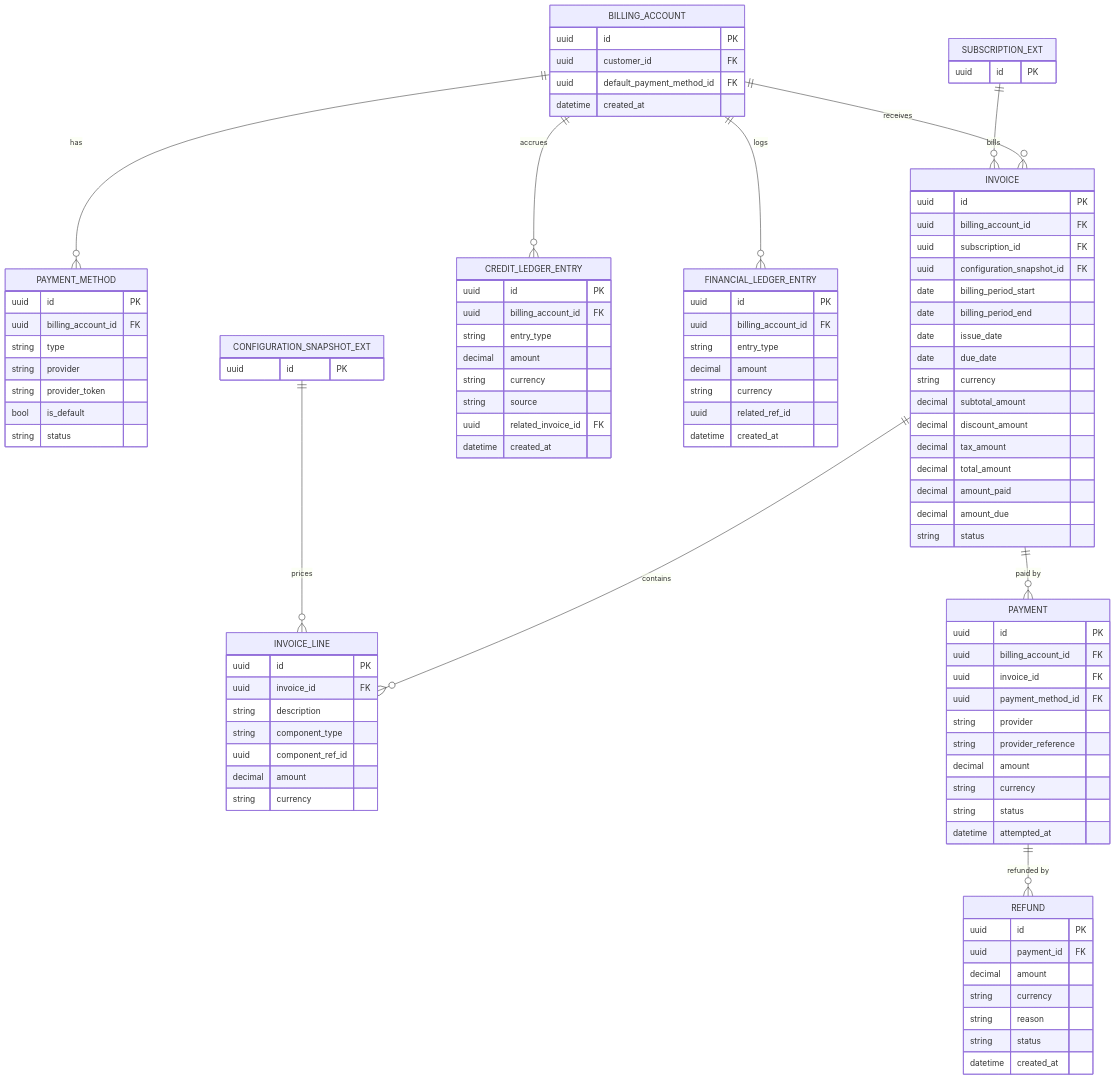
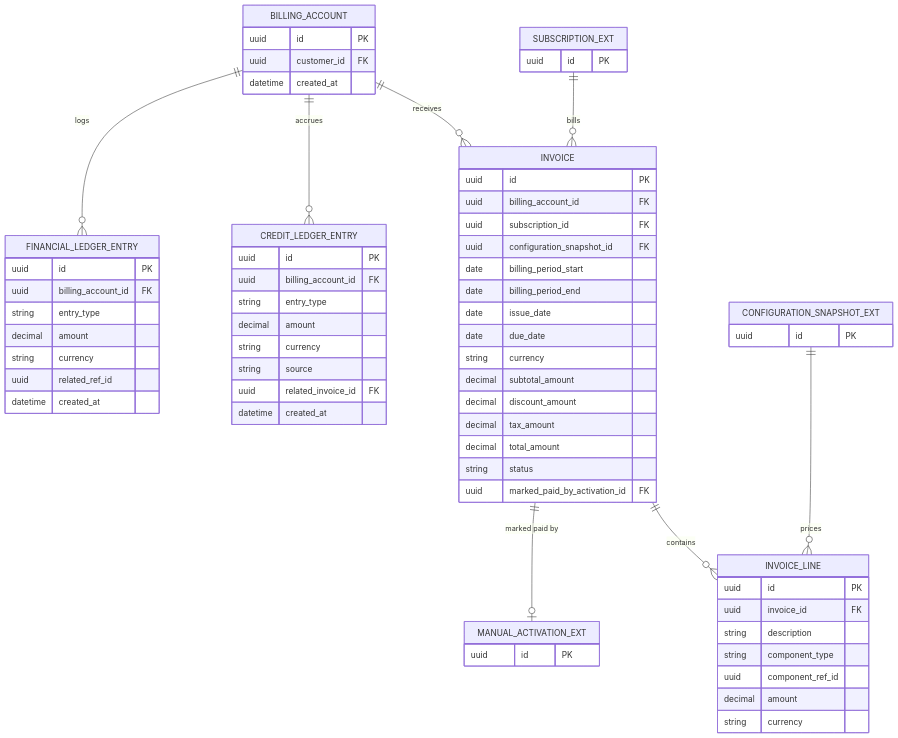
The diagram in Documents/Commercial Domain Data Model — Billing.md (Doaa1982/Platform), drawn with Mermaid before and after one commit. The commit also changed other lines of this file and 14 other files, not shown here.

````diff
--- a/Documents/Commercial Domain Data Model — Billing.md
+++ b/Documents/Commercial Domain Data Model — Billing.md
@@ -18,29 +24,17 @@
 ```mermaid
 erDiagram
-    BILLING_ACCOUNT ||--o{ PAYMENT_METHOD : has
     BILLING_ACCOUNT ||--o{ INVOICE : receives
     INVOICE ||--o{ INVOICE_LINE : contains
-    INVOICE ||--o{ PAYMENT : "paid by"
-    PAYMENT ||--o{ REFUND : "refunded by"
     BILLING_ACCOUNT ||--o{ CREDIT_LEDGER_ENTRY : accrues
     BILLING_ACCOUNT ||--o{ FINANCIAL_LEDGER_ENTRY : logs
     SUBSCRIPTION_EXT ||--o{ INVOICE : bills
     CONFIGURATION_SNAPSHOT_EXT ||--o{ INVOICE_LINE : prices
+    INVOICE ||--o| MANUAL_ACTIVATION_EXT : "marked paid by"
 
     BILLING_ACCOUNT {
         uuid id PK
         uuid customer_id FK
-        uuid default_payment_method_id FK
         datetime created_at
-    }
-    PAYMENT_METHOD {
-        uuid id PK
-        uuid billing_account_id FK
-        string type
-        string provider
-        string provider_token
-        bool is_default
-        string status
     }
     INVOICE {
         uuid id PK
@@ -56,9 +50,8 @@
         decimal discount_amount
         decimal tax_amount
         decimal total_amount
-        decimal amount_paid
-        decimal amount_due
         string status
+        uuid marked_paid_by_activation_id FK
     }
     INVOICE_LINE {
         uuid id PK
@@ -68,27 +61,6 @@
         uuid component_ref_id
         decimal amount
         string currency
-    }
-    PAYMENT {
-        uuid id PK
-        uuid billing_account_id FK
-        uuid invoice_id FK
-        uuid payment_method_id FK
-        string provider
-        string provider_reference
-        decimal amount
-        string currency
-        string status
-        datetime attempted_at
-    }
-    REFUND {
-        uuid id PK
-        uuid payment_id FK
-        decimal amount
-        string currency
-        string reason
-        string status
-        datetime created_at
     }
     CREDIT_LEDGER_ENTRY {
         uuid id PK
@@ -115,4 +87,7 @@
     CONFIGURATION_SNAPSHOT_EXT {
         uuid id PK
     }
+    MANUAL_ACTIVATION_EXT {
+        uuid id PK
+    }
 ```
````
